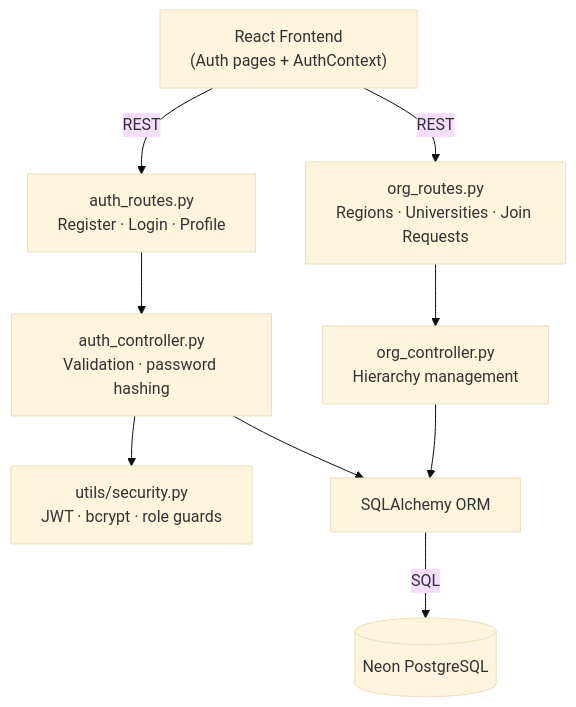
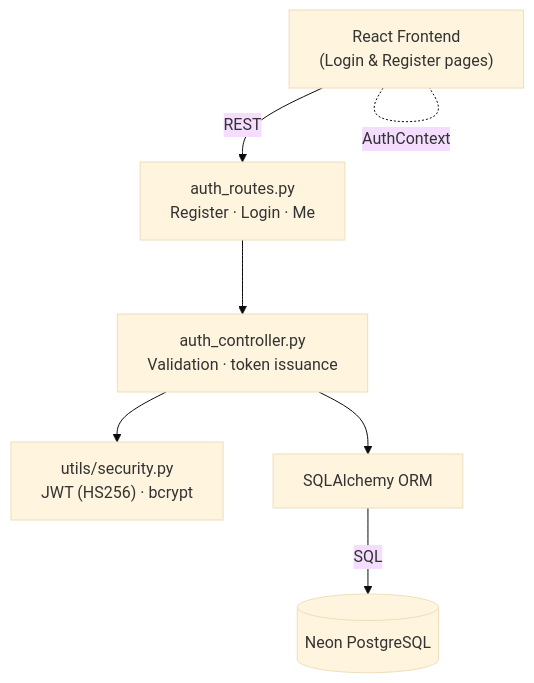
The first of 5 diagrams in docs/sprints/SPRINT_1.md (yazidha09/Hub4Learners), drawn with Mermaid (base theme) before and after one commit. The commit also changed other lines of this file and 1 other file, not shown here.

````diff
--- a/docs/sprints/SPRINT_1.md
+++ b/docs/sprints/SPRINT_1.md
@@ -43,11 +34,9 @@
 ```mermaid
 graph TD
-    A["React Frontend<br/>(Auth pages + AuthContext)"] -->|REST| B["auth_routes.py<br/>Register · Login · Profile"]
-    A -->|REST| C["org_routes.py<br/>Regions · Universities · Join Requests"]
-    B --> D["auth_controller.py<br/>Validation · password hashing"]
-    C --> E["org_controller.py<br/>Hierarchy management"]
-    D --> F["utils/security.py<br/>JWT · bcrypt · role guards"]
-    D --> G["SQLAlchemy ORM"]
-    E --> G
-    G -->|SQL| H[(Neon PostgreSQL)]
+    A["React Frontend<br/>(Login & Register pages)"] -->|REST| B["auth_routes.py<br/>Register · Login · Me"]
+    B --> C["auth_controller.py<br/>Validation · token issuance"]
+    C --> D["utils/security.py<br/>JWT (HS256) · bcrypt"]
+    C --> E["SQLAlchemy ORM"]
+    E -->|SQL| F[(Neon PostgreSQL)]
+    A -. AuthContext .- A
 ```
````
